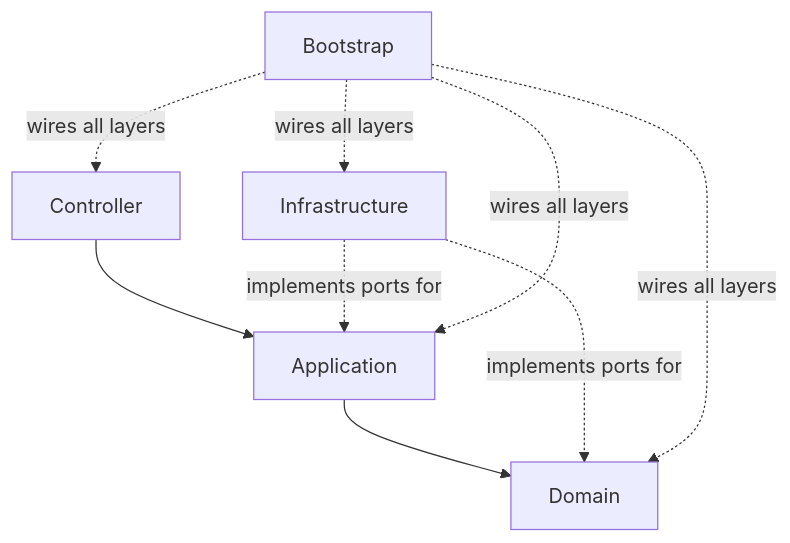
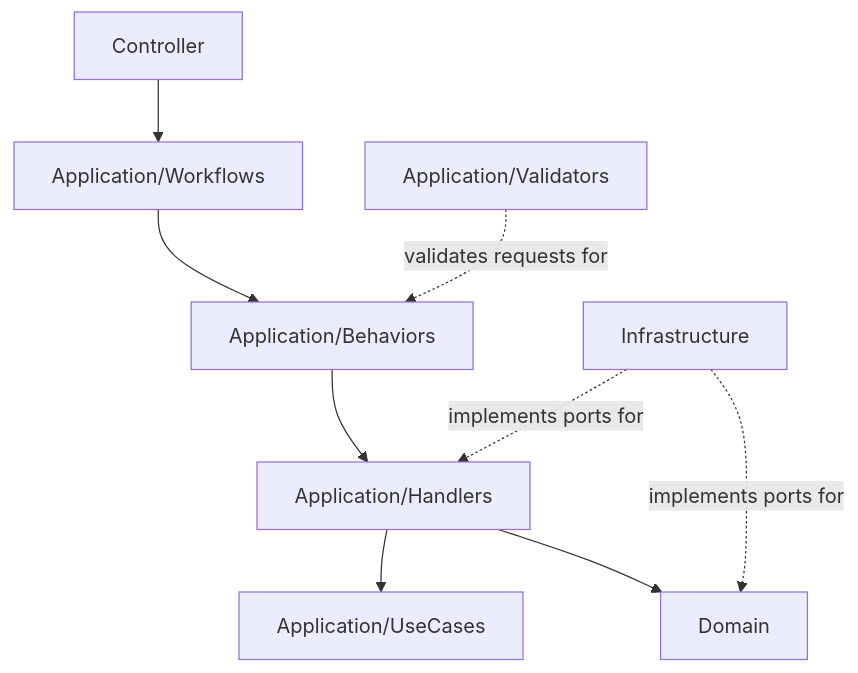
Before and after one commit to bnggbn/CSharp_DDD_Template: the diagram in docs/FLOW_DECOMPOSITION_GUIDE.md, drawn with Mermaid. The commit also changed other lines of this file and 31 other files, not shown here.

````diff
--- a/docs/FLOW_DECOMPOSITION_GUIDE.md
+++ b/docs/FLOW_DECOMPOSITION_GUIDE.md
@@ -61,17 +35,20 @@
 ```mermaid
 flowchart TB
   C[Controller]
-  A[Application]
+  WF[Application/Workflows]
+  BH[Application/Behaviors]
+  H[Application/Handlers]
+  U[Application/UseCases]
+  V[Application/Validators]
   D[Domain]
   I[Infrastructure]
-  B[Bootstrap]
 
-  C --> A
-  A --> D
-  I -.implements ports for.-> A
+  C --> WF
+  WF --> BH
+  BH --> H
+  H --> U
+  H --> D
+  V -.validates requests for.-> BH
+  I -.implements ports for.-> H
   I -.implements ports for.-> D
-  B -.wires all layers.-> C
-  B -.wires all layers.-> A
-  B -.wires all layers.-> D
-  B -.wires all layers.-> I
 ```
````
